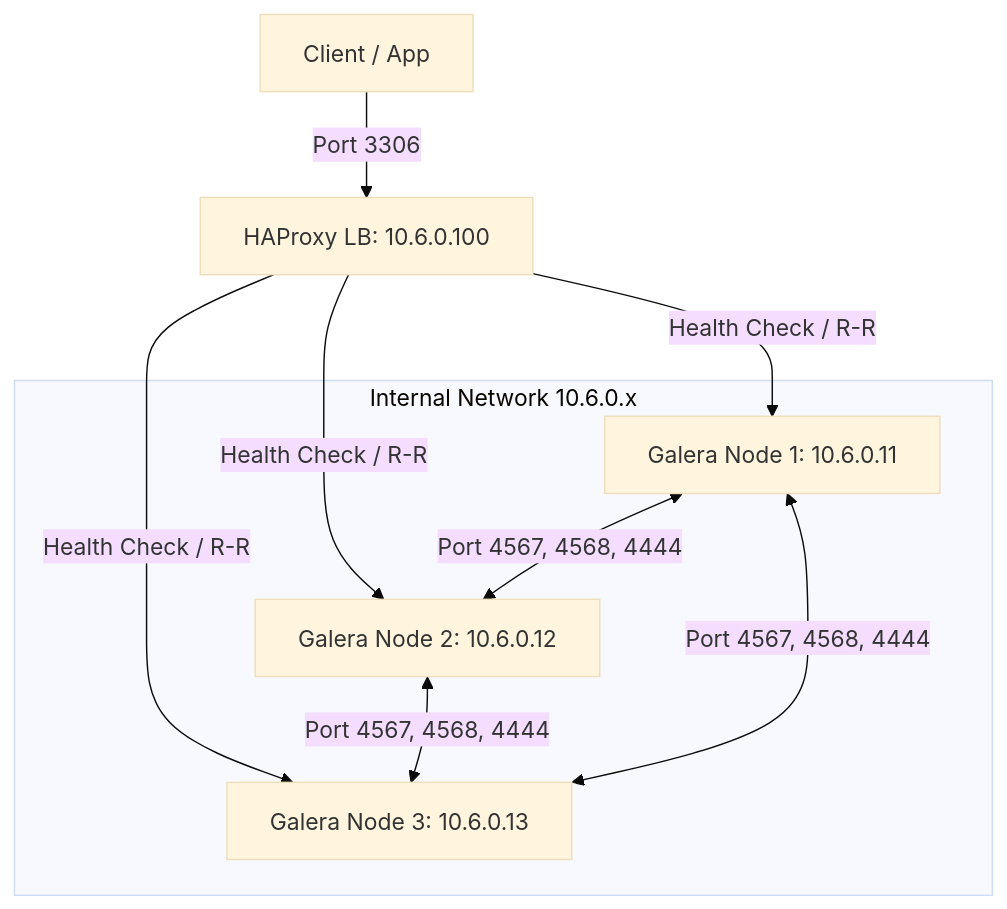
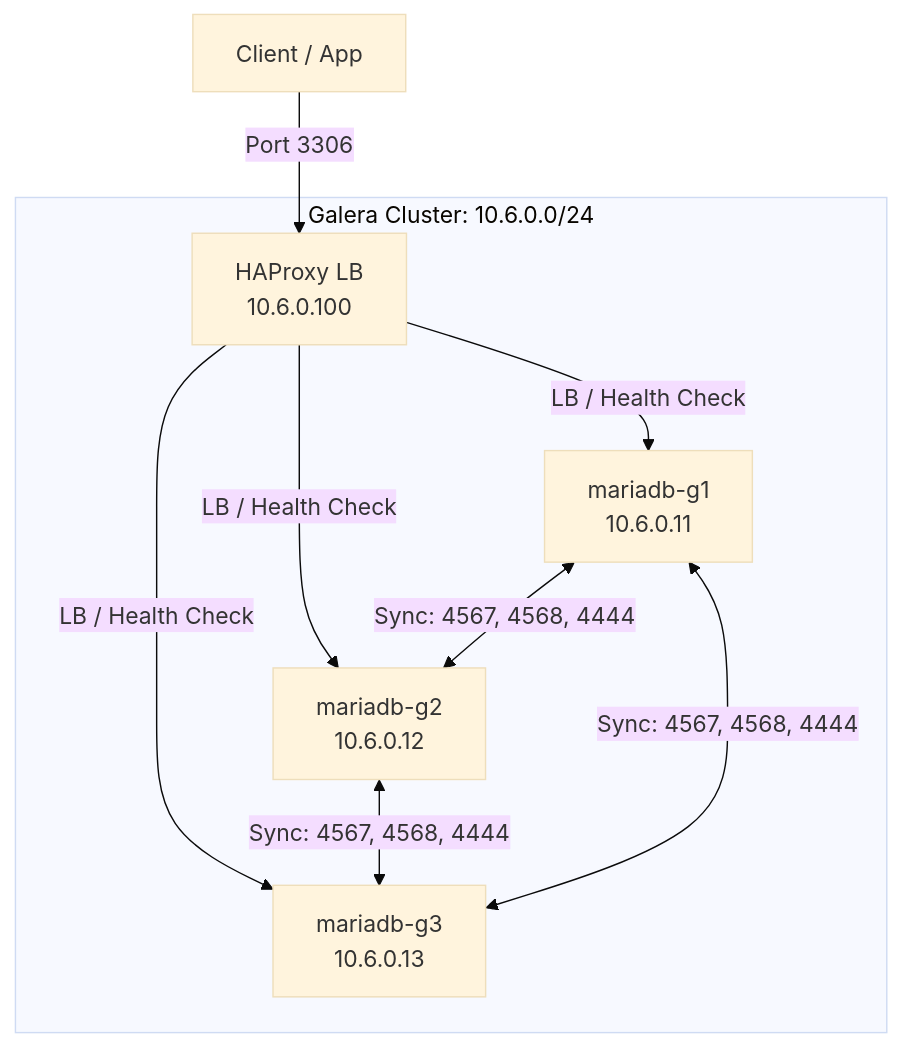
Before and after one commit to jmrenouard/dbscripts: the first of 2 diagrams in docker/mariadb/documentation/architecture.md, drawn with Mermaid (base theme). The commit also changed other lines of this file and 15 other files, not shown here.

````diff
--- a/docker/mariadb/documentation/architecture.md
+++ b/docker/mariadb/documentation/architecture.md
@@ -16,13 +16,14 @@
 ```mermaid
 graph TD
-    Client[Client / App] -->|Port 3306| LB[HAProxy LB: 10.6.0.100]
-    LB -->|Health Check / R-R| G1[Galera Node 1: 10.6.0.11]
-    LB -->|Health Check / R-R| G2[Galera Node 2: 10.6.0.12]
-    LB -->|Health Check / R-R| G3[Galera Node 3: 10.6.0.13]
+    Client[Client / App] -->|Port 3306| LB[HAProxy LB<br/>10.6.0.100]
     
-    subgraph Galera_Cluster [Internal Network 10.6.0.x]
-        G1 <-->|Port 4567, 4568, 4444| G2
-        G2 <-->|Port 4567, 4568, 4444| G3
-        G3 <-->|Port 4567, 4568, 4444| G1
+    subgraph Galera_Cluster [Galera Cluster: 10.6.0.0/24]
+        LB -->|LB / Health Check| G1[mariadb-g1<br/>10.6.0.11]
+        LB -->|LB / Health Check| G2[mariadb-g2<br/>10.6.0.12]
+        LB -->|LB / Health Check| G3[mariadb-g3<br/>10.6.0.13]
+        
+        G1 <-->|Sync: 4567, 4568, 4444| G2
+        G2 <-->|Sync: 4567, 4568, 4444| G3
+        G3 <-->|Sync: 4567, 4568, 4444| G1
     end
 ```
````
